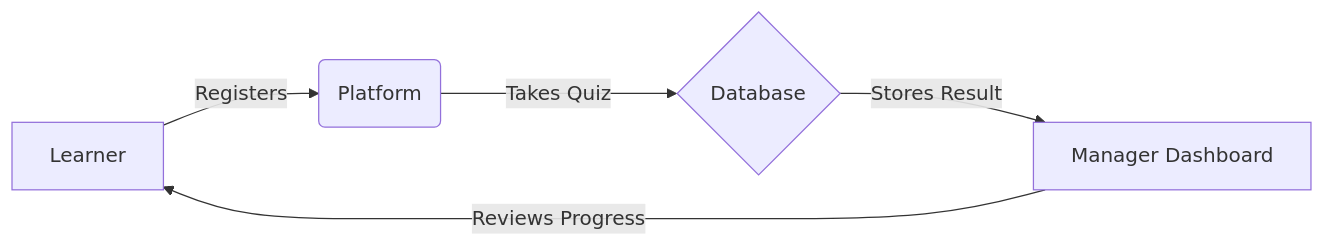
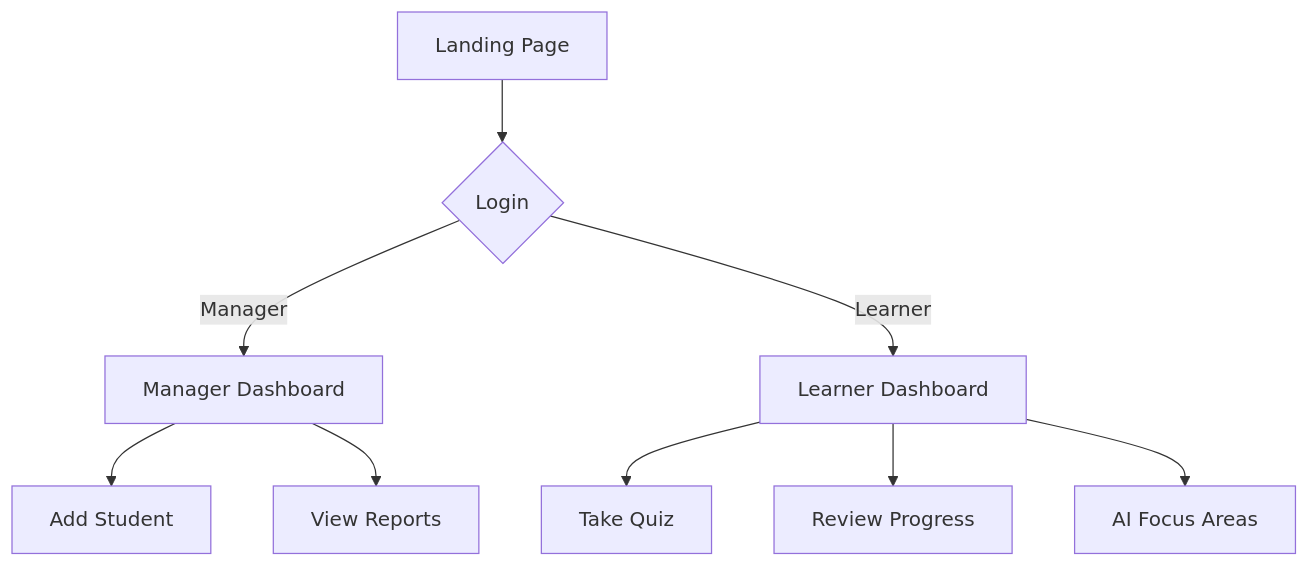
Before and after one commit to dush04souvenir/TWARA_NEZA_Traffic_Rules_E-learning_Platform: the diagram in README.md, drawn with Mermaid. The commit also changed other lines of this file, not shown here.

````diff
--- a/README.md
+++ b/README.md
@@ -116,7 +150,13 @@
 ```mermaid
-graph LR
-    A[Learner] -->|Registers| B(Platform)
-    B -->|Takes Quiz| C{Database}
-    C -->|Stores Result| D[Manager Dashboard]
-    D -->|Reviews Progress| A
+graph TD
+    A[Landing Page] --> B{Login}
+    B -- Manager --> C[Manager Dashboard]
+    B -- Learner --> D[Learner Dashboard]
+    
+    C --> C1[Add Student]
+    C --> C2[View Reports]
+    
+    D --> D1[Take Quiz]
+    D --> D2[Review Progress]
+    D --> D3[AI Focus Areas]
 ```
````
